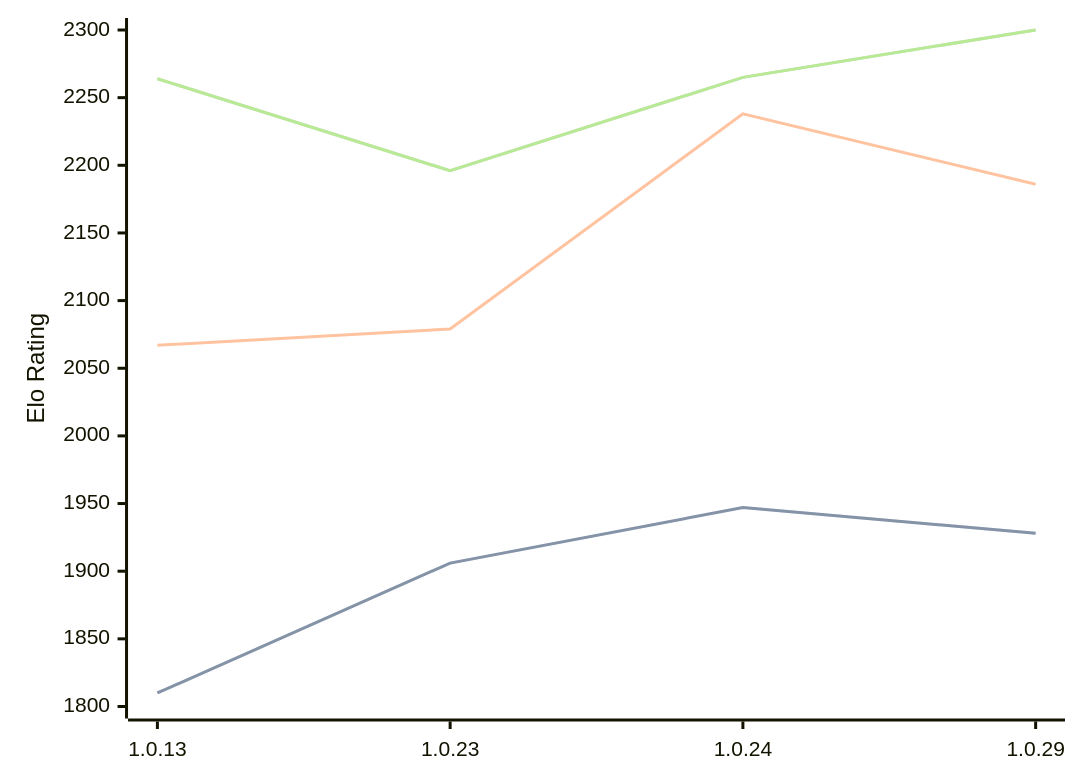
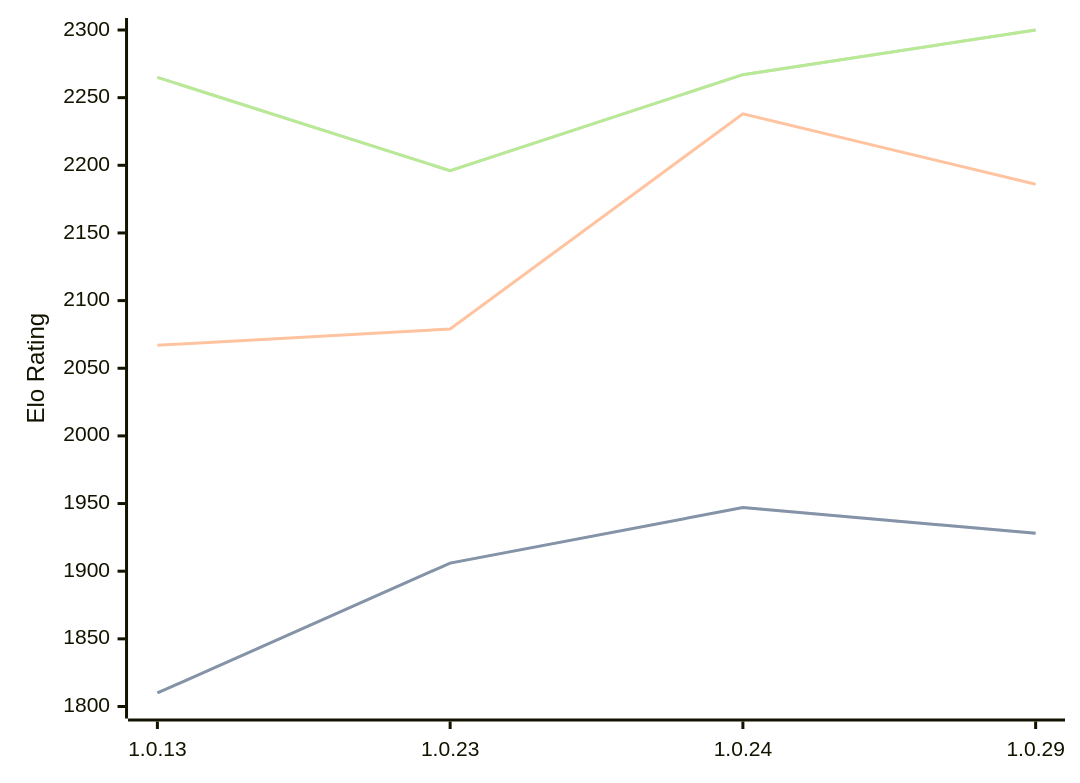
One commit to computer-chess-index/cci changed the diagram in engines/RustyRival.md. Above: the diagram before and after it, drawn with Mermaid. The commit also changed other lines of this file, not shown here.

Commit message:
Update CCI Ratings (ELO VLTC) - 2026-03-28

````diff
--- a/engines/RustyRival.md
+++ b/engines/RustyRival.md
@@ -62,11 +62,11 @@
 ```mermaid
 %%{init: {"theme":"base","themeVariables":{"seriesColors:['#a3a3a3','#222221','#faa371']}}}%%
 xychart-beta
   x-axis ["1.0.13", "1.0.23", "1.0.24", "1.0.29"]
   y-axis "Elo Rating" 1800 --> 2300
   line "STC (8.0+0.08s)" [1810, 1906, 1947, 1928]
   line "STC (8.0+0.08s)" [1810, 1906, 1947, 1928]
   line "LTC (60.0+0.60s)" [2067, 2079, 2238, 2186]
-  line "VLTC (2m24s+1.12s)" [2264, 2196, 2265, 2300]
-  line "VLTC (2m24s+1.12s)" [2264, 2196, 2265, 2300]
+  line "VLTC (2m24s+1.12s)" [2265, 2196, 2267, 2300]
+  line "VLTC (2m24s+1.12s)" [2265, 2196, 2267, 2300]
 ```
````
